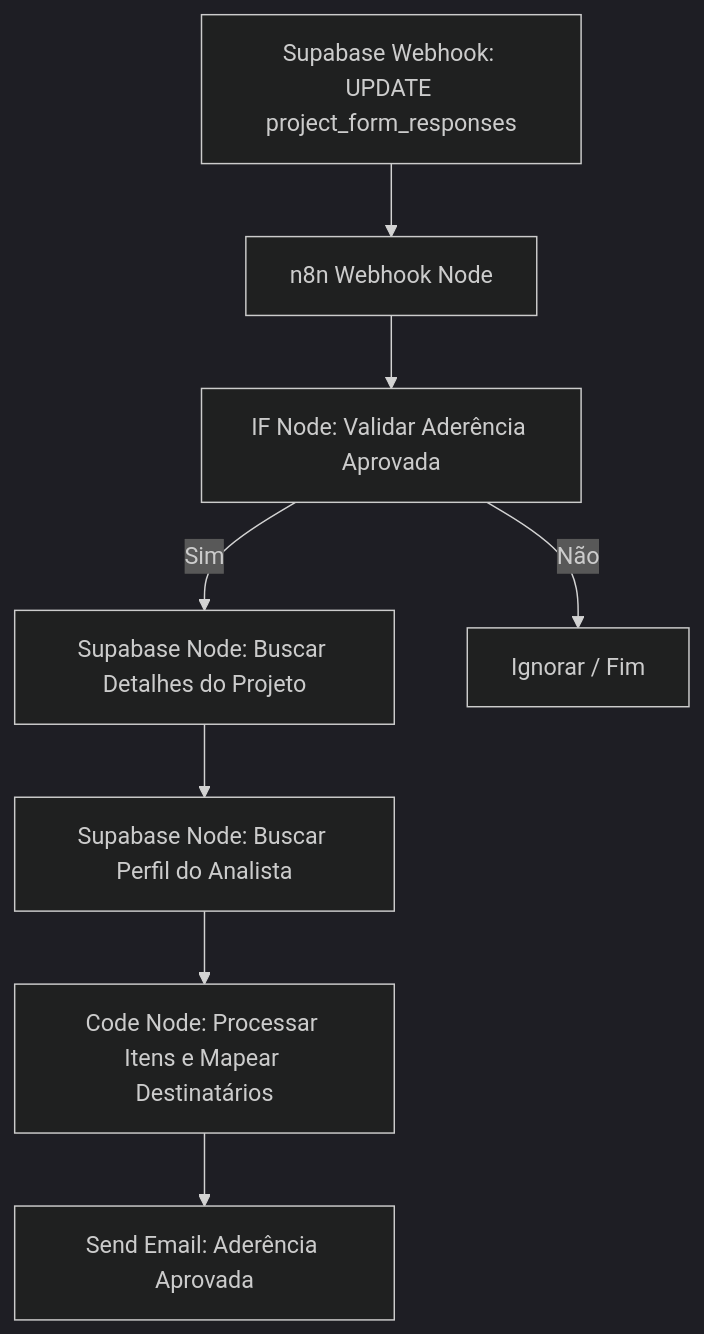
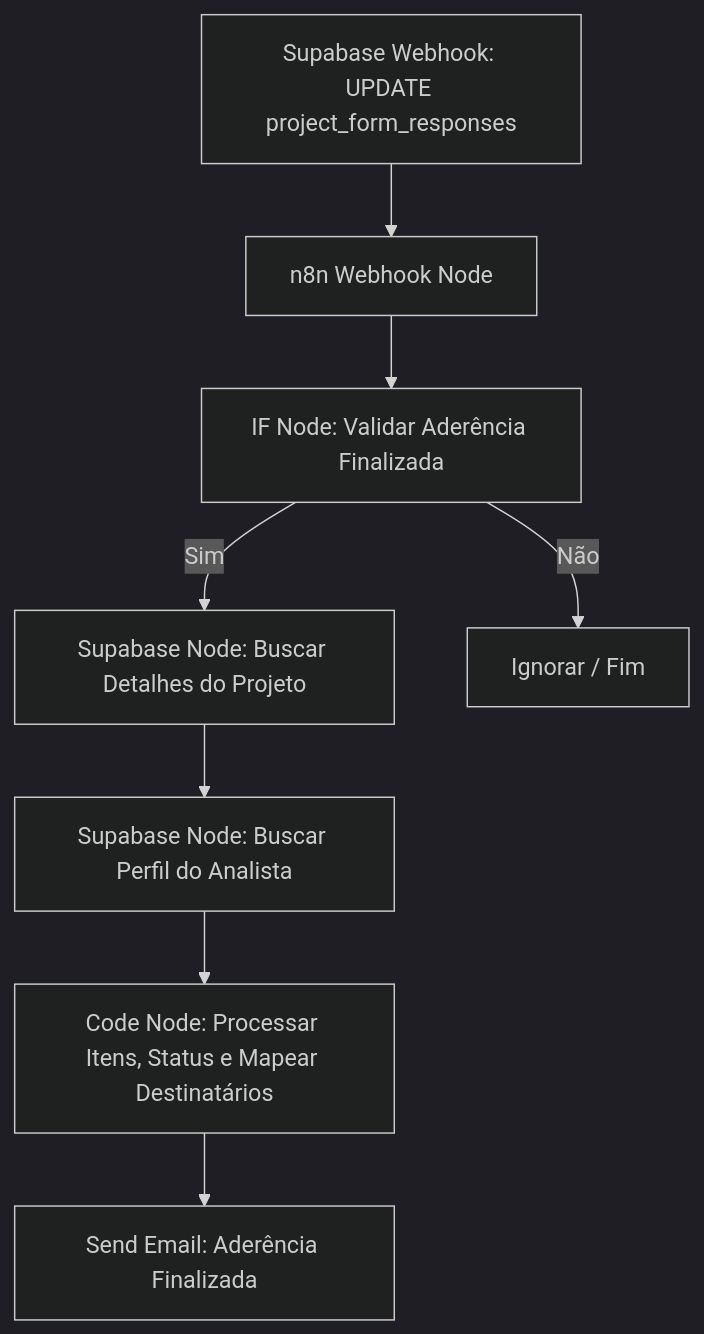
The second of 5 diagrams in 0-Em Andamento/Guia Passo a Passo - Automações de E-mail Siplan HUB.md (marcusvpo/siplan-implantacao-secondbrain), drawn with Mermaid (dark theme) before and after one commit. The commit also changed other lines of this file, not shown here.

````diff
--- a/0-Em Andamento/Guia Passo a Passo - Automações de E-mail Siplan HUB.md
+++ b/0-Em Andamento/Guia Passo a Passo - Automações de E-mail Siplan HUB.md
@@ -547,10 +548,10 @@
 ```mermaid
 graph TD
     A[Supabase Webhook: UPDATE project_form_responses] --> B[n8n Webhook Node]
-    B --> C[IF Node: Validar Aderência Aprovada]
+    B --> C[IF Node: Validar Aderência Finalizada]
     C -- Sim --> D[Supabase Node: Buscar Detalhes do Projeto]
     D --> E[Supabase Node: Buscar Perfil do Analista]
-    E --> F[Code Node: Processar Itens e Mapear Destinatários]
-    F --> G[Send Email: Aderência Aprovada]
+    E --> F[Code Node: Processar Itens, Status e Mapear Destinatários]
+    F --> G[Send Email: Aderência Finalizada]
     C -- Não --> H[Ignorar / Fim]
 ```
````
